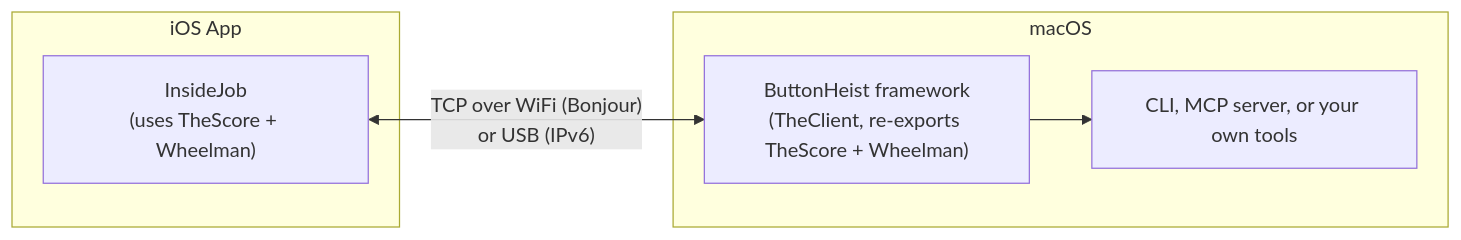
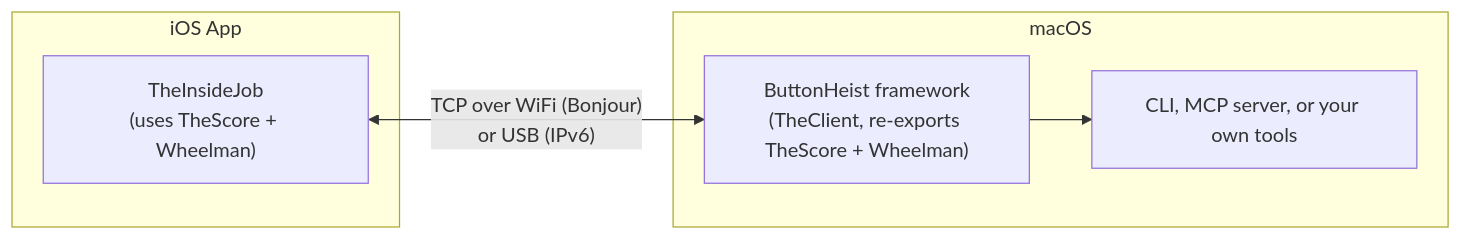
Before and after one commit to RoyalPineapple/TheButtonHeist: the diagram in ButtonHeist/README.md, drawn with Mermaid. The commit also changed other lines of this file and 66 other files, not shown here.

Commit message:
Rename InsideJob to TheInsideJob (framework and class only)

````diff
--- a/ButtonHeist/README.md
+++ b/ButtonHeist/README.md
@@ -16,13 +16,13 @@
 ```mermaid
 graph LR
     subgraph ios["iOS App"]
-        IJ["InsideJob<br>(uses TheScore + Wheelman)"]
+        IJ["TheInsideJob<br>(uses TheScore + Wheelman)"]
     end
 
     IJ <-->|"TCP over WiFi (Bonjour)<br>or USB (IPv6)"| BH
 
     subgraph macos["macOS"]
         BH["ButtonHeist framework<br>(TheClient, re-exports TheScore + Wheelman)"]
         BH --> Consumers["CLI, MCP server, or your own tools"]
     end
 ```
````
